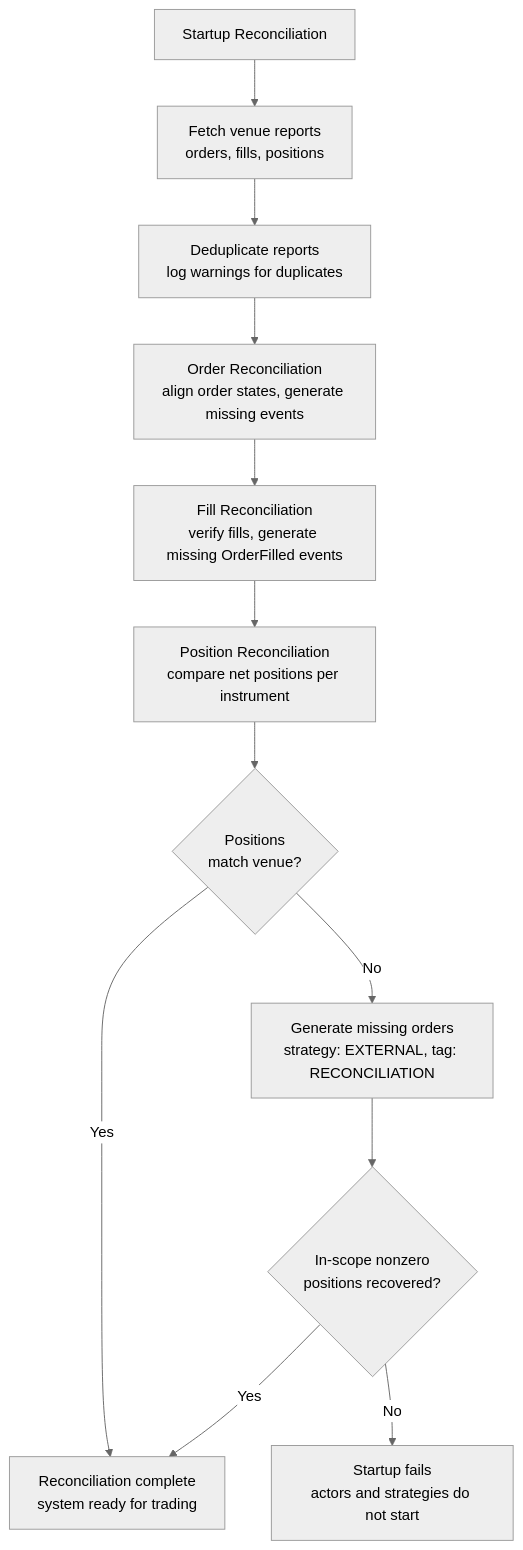
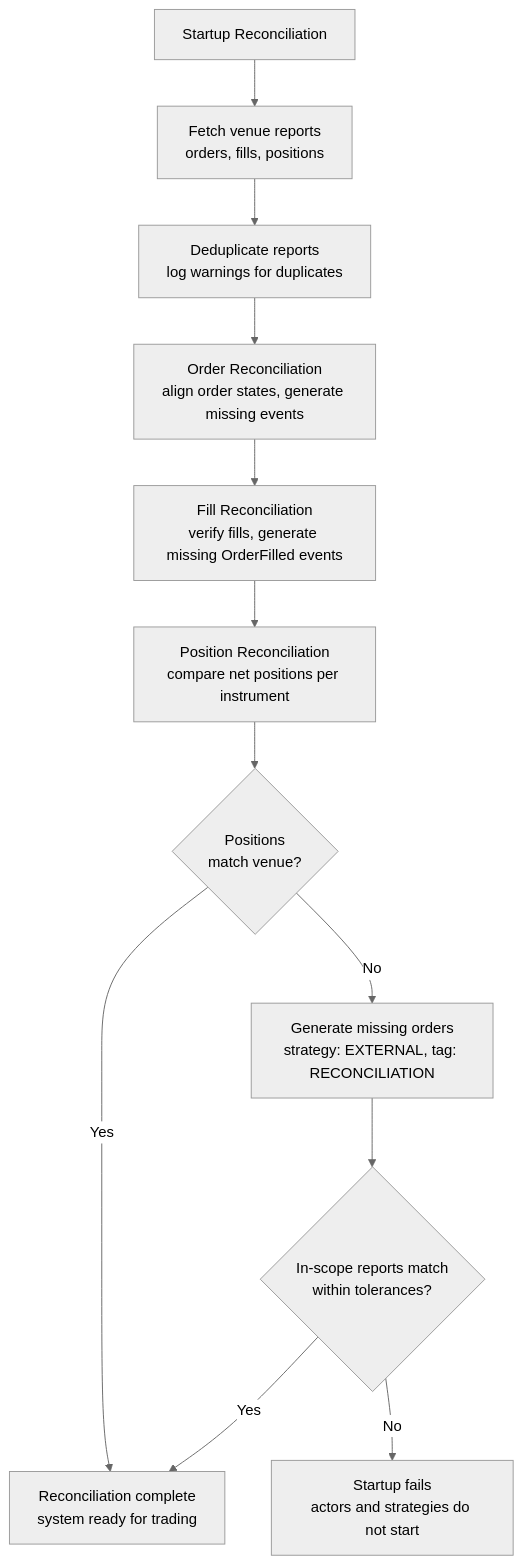
Before and after one commit to nautechsystems/nautilus_trader: the second of 2 diagrams in docs/concepts/execution/reconciliation.md, drawn with Mermaid (neutral theme). The commit also changed other lines of this file and 12 other files, not shown here.

````diff
--- a/docs/concepts/execution/reconciliation.md
+++ b/docs/concepts/execution/reconciliation.md
@@ -362,14 +389,14 @@
 ```mermaid
 flowchart TD
     Start[Startup Reconciliation] --> Fetch[Fetch venue reports<br/>orders, fills, positions]
     Fetch --> Dedup[Deduplicate reports<br/>log warnings for duplicates]
     Dedup --> Orders[Order Reconciliation<br/>align order states, generate missing events]
     Orders --> Fills[Fill Reconciliation<br/>verify fills, generate missing OrderFilled events]
     Fills --> Pos[Position Reconciliation<br/>compare net positions per instrument]
     Pos --> Match{Positions<br/>match venue?}
     Match -->|Yes| Done[Reconciliation complete<br/>system ready for trading]
     Match -->|No| Gen[Generate missing orders<br/>strategy: EXTERNAL, tag: RECONCILIATION]
-    Gen --> Recovered{In-scope nonzero<br/>positions recovered?}
+    Gen --> Recovered{In-scope reports match<br/>within tolerances?}
     Recovered -->|Yes| Done
     Recovered -->|No| Abort[Startup fails<br/>actors and strategies do not start]
 ```
````
